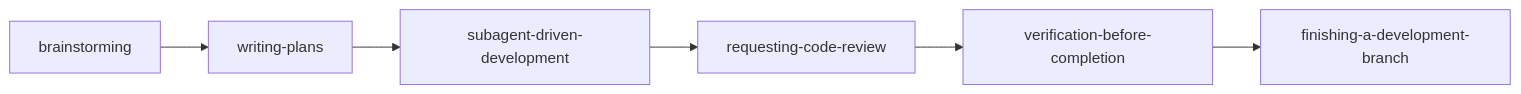
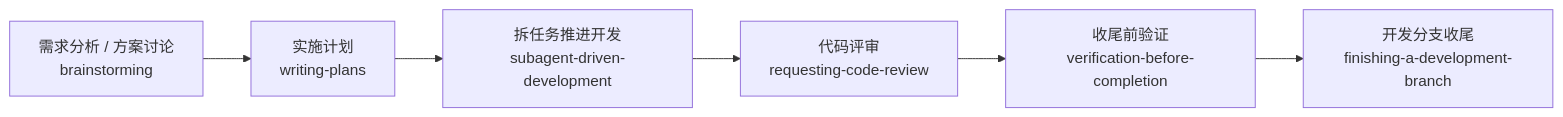
One commit to squallopen/superpowers-zh-adapters changed the diagram in docs/droid-zh-prompts.md. Above: the diagram before and after it, drawn with Mermaid. The commit also changed other lines of this file and 13 other files, not shown here.

Commit message:
Polish docs and add static README flow chart

````diff
--- a/docs/droid-zh-prompts.md
+++ b/docs/droid-zh-prompts.md
@@ -39,8 +53,8 @@
 ```mermaid
 flowchart LR
-    A["brainstorming"] --> B["writing-plans"]
-    B --> C["subagent-driven-development"]
-    C --> D["requesting-code-review"]
-    D --> E["verification-before-completion"]
-    E --> F["finishing-a-development-branch"]
+    A["需求分析 / 方案讨论<br/>brainstorming"] --> B["实施计划<br/>writing-plans"]
+    B --> C["拆任务推进开发<br/>subagent-driven-development"]
+    C --> D["代码评审<br/>requesting-code-review"]
+    D --> E["收尾前验证<br/>verification-before-completion"]
+    E --> F["开发分支收尾<br/>finishing-a-development-branch"]
 ```
````
